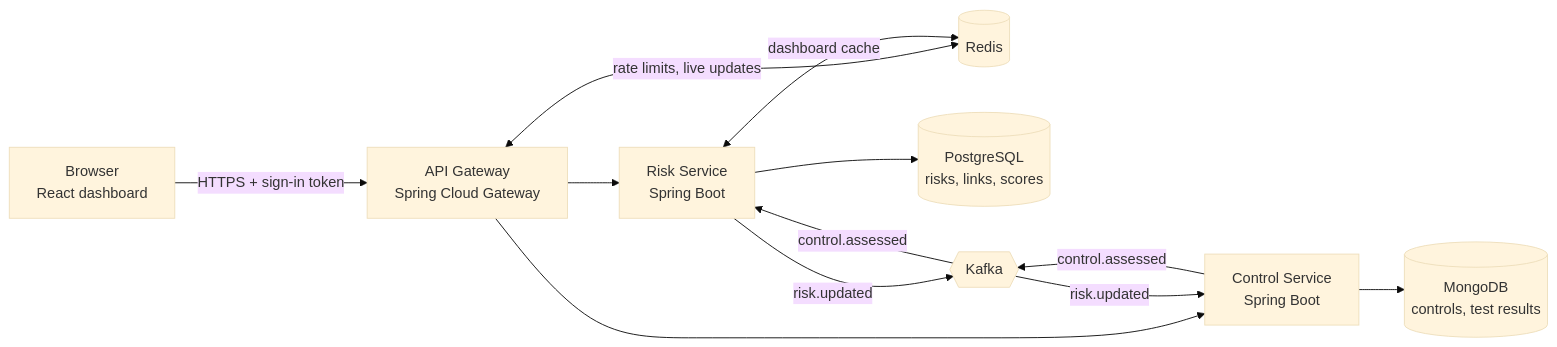
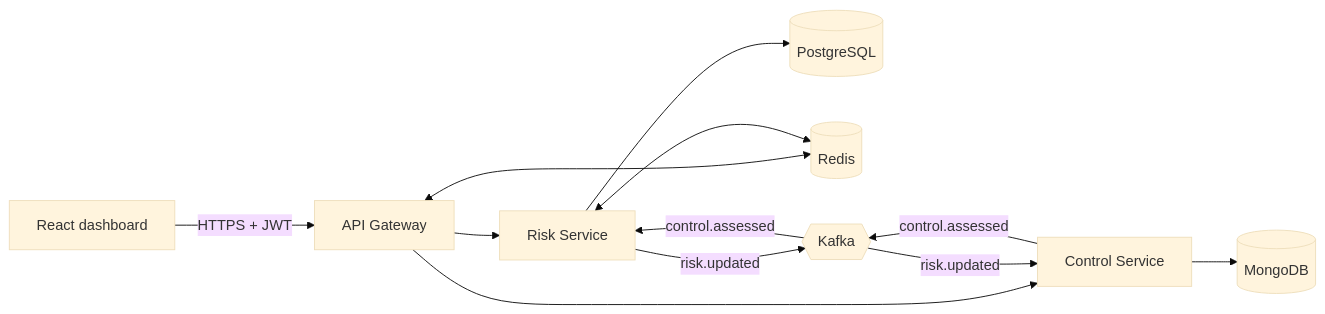
Before and after one commit to SanyamKhaiwal/risk-control-platform: the diagram in README.md, drawn with Mermaid (base theme). The commit also changed other lines of this file, not shown here.

````diff
--- a/README.md
+++ b/README.md
@@ -69,14 +76,14 @@
 ```mermaid
 flowchart LR
-    U[Browser<br/>React dashboard] -->|HTTPS + sign-in token| GW[API Gateway<br/>Spring Cloud Gateway]
-    GW --> RS[Risk Service<br/>Spring Boot]
-    GW --> CS[Control Service<br/>Spring Boot]
-    GW <-->|rate limits, live updates| RD[(Redis)]
-    RS --> PG[(PostgreSQL<br/>risks, links, scores)]
-    CS --> MG[(MongoDB<br/>controls, test results)]
-    RS <-->|dashboard cache| RD
+    U[React dashboard] -->|HTTPS + JWT| GW[API Gateway]
+    GW --> RS[Risk Service]
+    GW --> CS[Control Service]
+    RS --> PG[(PostgreSQL)]
+    CS --> MG[(MongoDB)]
+    GW <--> RD[(Redis)]
+    RS <--> RD
     CS -- control.assessed --> K{{Kafka}}
     K -- control.assessed --> RS
     RS -- risk.updated --> K
     K -- risk.updated --> CS
 ```
````
